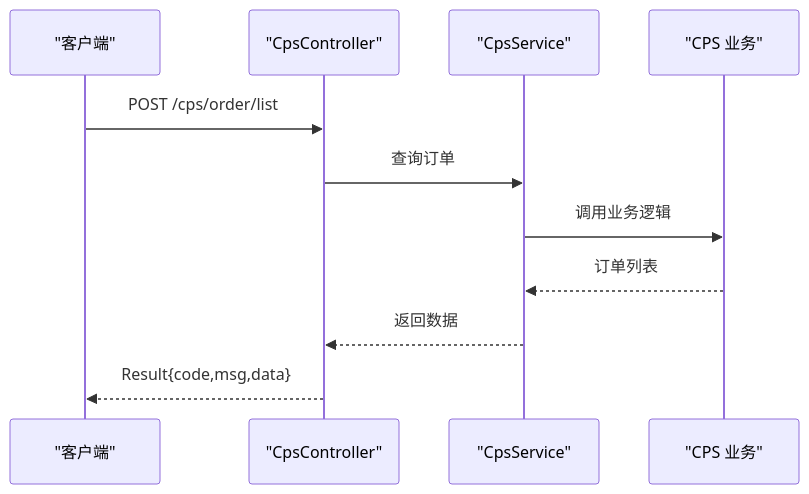
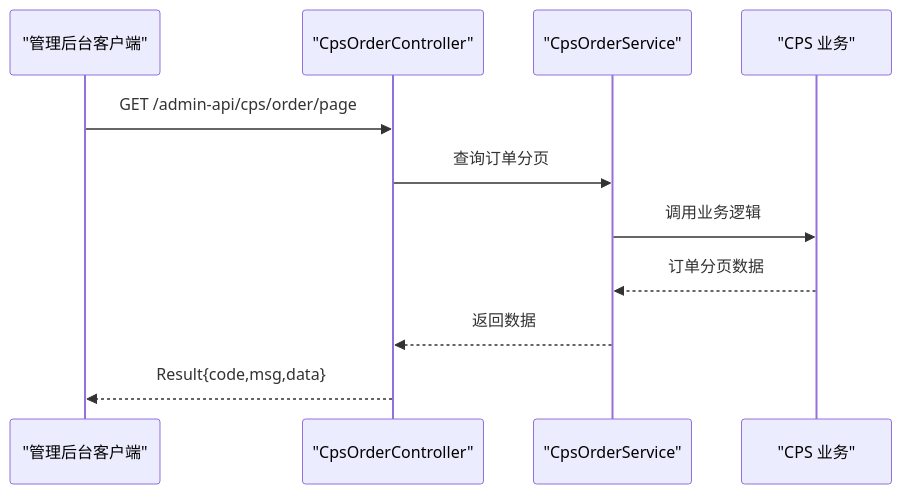
Before and after one commit to zhuangpengLI/AgenticCPS: diagram 12 of 15 in .qoder/repowiki/zh/content/API 接口文档/API 接口文档.md, drawn with Mermaid. The commit also changed other lines of this file and 23 other files, not shown here.

````diff
--- a/.qoder/repowiki/zh/content/API 接口文档/API 接口文档.md
+++ b/.qoder/repowiki/zh/content/API 接口文档/API 接口文档.md
@@ -353,13 +381,13 @@
 ```mermaid
 sequenceDiagram
-participant Client as "客户端"
-participant Ctrl as "CpsController"
-participant Svc as "CpsService"
+participant Client as "管理后台客户端"
+participant Ctrl as "CpsOrderController"
+participant Svc as "CpsOrderService"
 participant Biz as "CPS 业务"
-Client->>Ctrl : POST /cps/order/list
-Ctrl->>Svc : 查询订单
+Client->>Ctrl : GET /admin-api/cps/order/page
+Ctrl->>Svc : 查询订单分页
 Svc->>Biz : 调用业务逻辑
-Biz-->>Svc : 订单列表
+Biz-->>Svc : 订单分页数据
 Svc-->>Ctrl : 返回数据
 Ctrl-->>Client : Result{code,msg,data}
 ```
````
